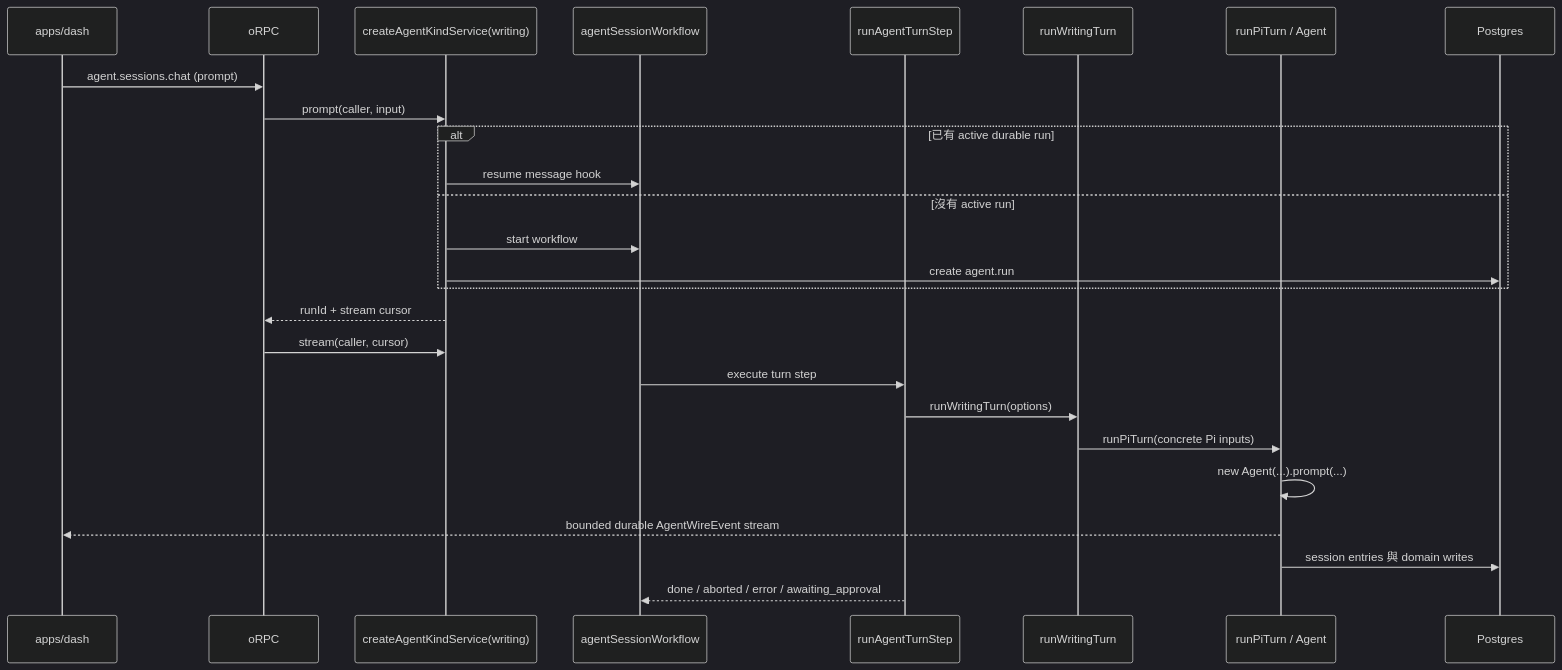
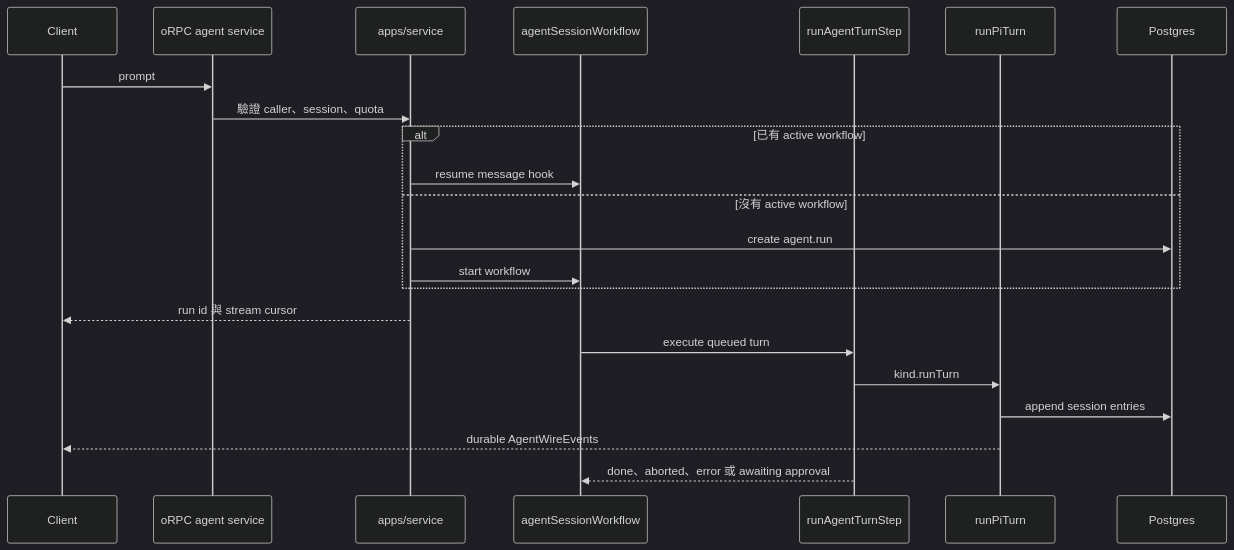
Before and after one commit to Chia1104/chia1104.dev: the second of 3 diagrams in docs/agent-architecture.zh.md, drawn with Mermaid (dark theme). The commit also changed other lines of this file and 4 other files, not shown here.

````diff
--- a/docs/agent-architecture.zh.md
+++ b/docs/agent-architecture.zh.md
@@ -239,29 +104,25 @@
 ```mermaid
 sequenceDiagram
-    participant UI as apps/dash
-    participant RPC as oRPC
-    participant SVC as createAgentKindService(writing)
+    participant UI as Client
+    participant API as oRPC agent service
+    participant SVC as apps/service
     participant WF as agentSessionWorkflow
     participant STEP as runAgentTurnStep
-    participant WR as runWritingTurn
-    participant PI as runPiTurn / Agent
+    participant RT as runPiTurn
     participant PG as Postgres
 
-    UI->>RPC: agent.sessions.chat (prompt)
-    RPC->>SVC: prompt(caller, input)
-    alt 已有 active durable run
+    UI->>API: prompt
+    API->>SVC: 驗證 caller、session、quota
+    alt 已有 active workflow
         SVC->>WF: resume message hook
-    else 沒有 active run
+    else 沒有 active workflow
+        SVC->>PG: create agent.run
         SVC->>WF: start workflow
-        SVC->>PG: create agent.run
     end
-    SVC-->>RPC: runId + stream cursor
-    RPC->>SVC: stream(caller, cursor)
-    WF->>STEP: execute turn step
-    STEP->>WR: runWritingTurn(options)
-    WR->>PI: runPiTurn(concrete Pi inputs)
-    PI->>PI: new Agent(...).prompt(...)
-    PI-->>UI: bounded durable AgentWireEvent stream
-    PI->>PG: session entries 與 domain writes
-    STEP-->>WF: done / aborted / error / awaiting_approval
+    SVC-->>UI: run id 與 stream cursor
+    WF->>STEP: execute queued turn
+    STEP->>RT: kind.runTurn
+    RT->>PG: append session entries
+    RT-->>UI: durable AgentWireEvents
+    STEP-->>WF: done、aborted、error 或 awaiting approval
 ```
````
